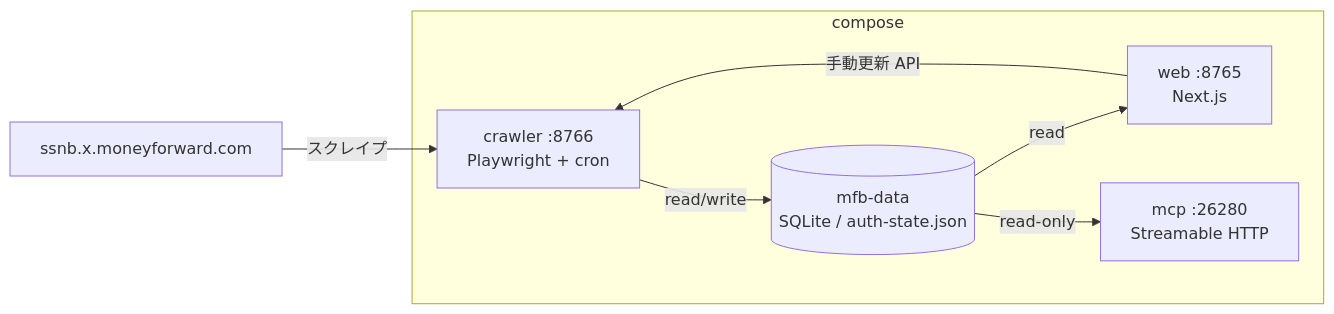
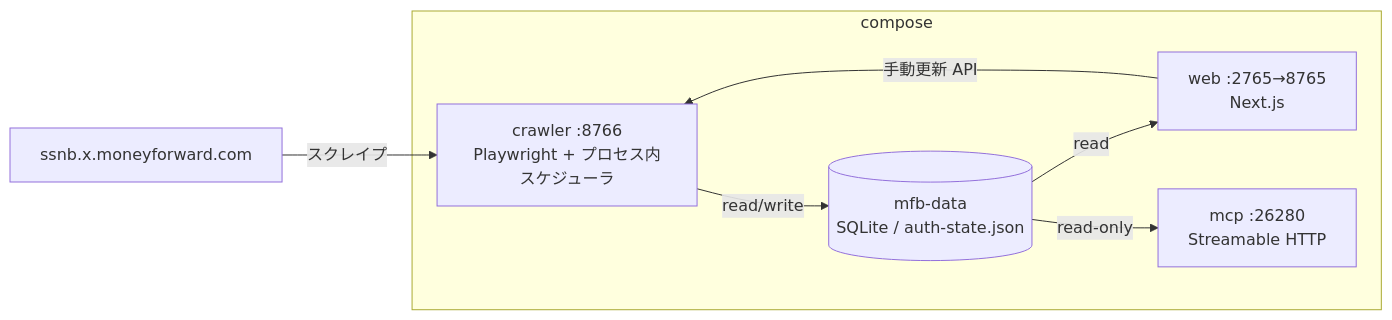
The diagram in README.md (solidlime/AssetScraping), drawn with Mermaid before and after one commit. The commit also changed other lines of this file and 3 other files, not shown here.

````diff
--- a/README.md
+++ b/README.md
@@ -181,15 +181,15 @@
 ```mermaid
 flowchart LR
   SSNB[ssnb.x.moneyforward.com]
   subgraph compose
-    crawler["crawler :8766<br/>Playwright + cron"]
-    web["web :8765<br/>Next.js"]
+    crawler["crawler :8766<br/>Playwright + プロセス内スケジューラ"]
+    web["web :2765→8765<br/>Next.js"]
     mcp["mcp :26280<br/>Streamable HTTP"]
     vol[("mfb-data<br/>SQLite / auth-state.json")]
   end
   SSNB -->|スクレイプ| crawler
   crawler -->|read/write| vol
   vol -->|read| web
   vol -->|read-only| mcp
   web -->|手動更新 API| crawler
 ```
````
